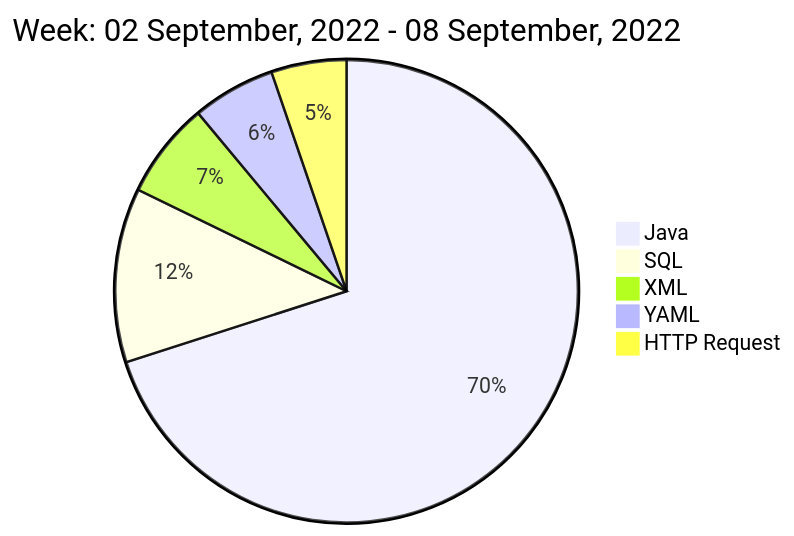
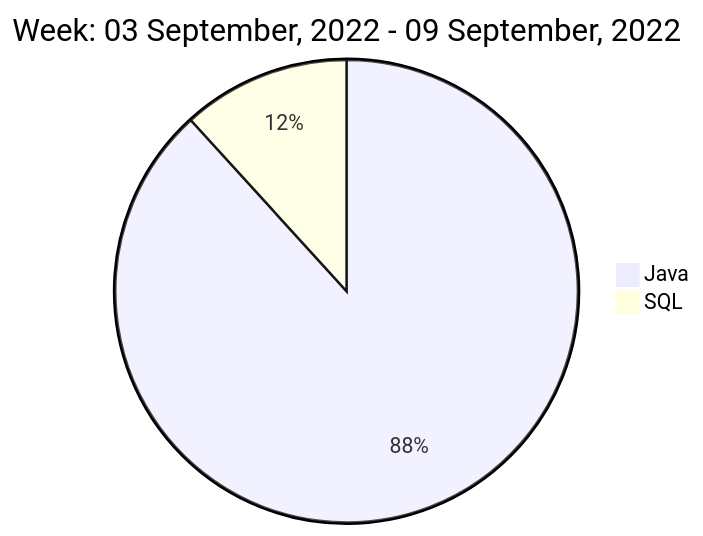
The diagram in README.md (liubin95/liubin95), drawn with Mermaid before and after one commit.

Commit message:
Updated the Graph with new Metrics

````diff
--- a/README.md
+++ b/README.md
@@ -40,9 +40,6 @@
 ```mermaid
  pie
-title Week: 02 September, 2022 - 08 September, 2022
- "Java" : 7.6
- "SQL" : 1.32
- "XML" : 0.73
- "YAML" : 0.63
- "HTTP Request" : 0.57
+title Week: 03 September, 2022 - 09 September, 2022
+ "Java" : 4.73
+ "SQL" : 0.63
 ```
````
